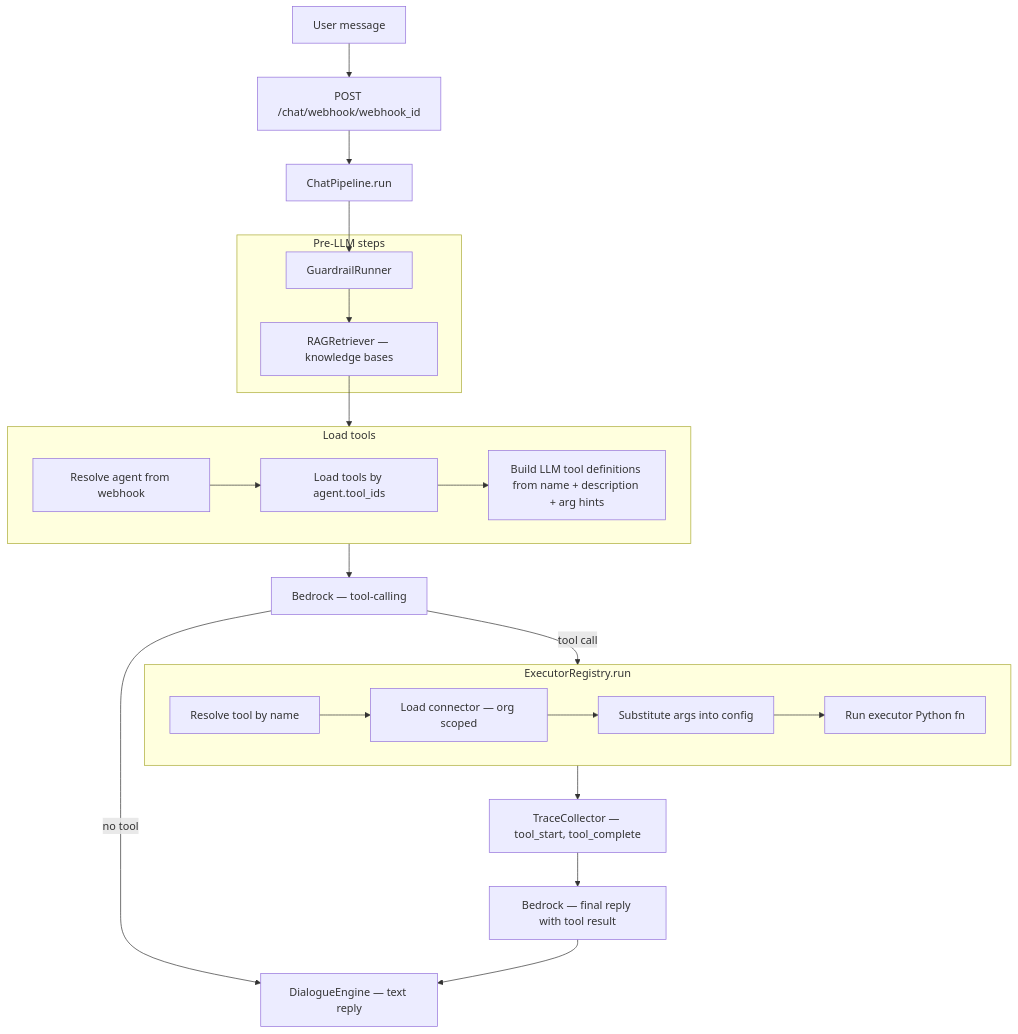
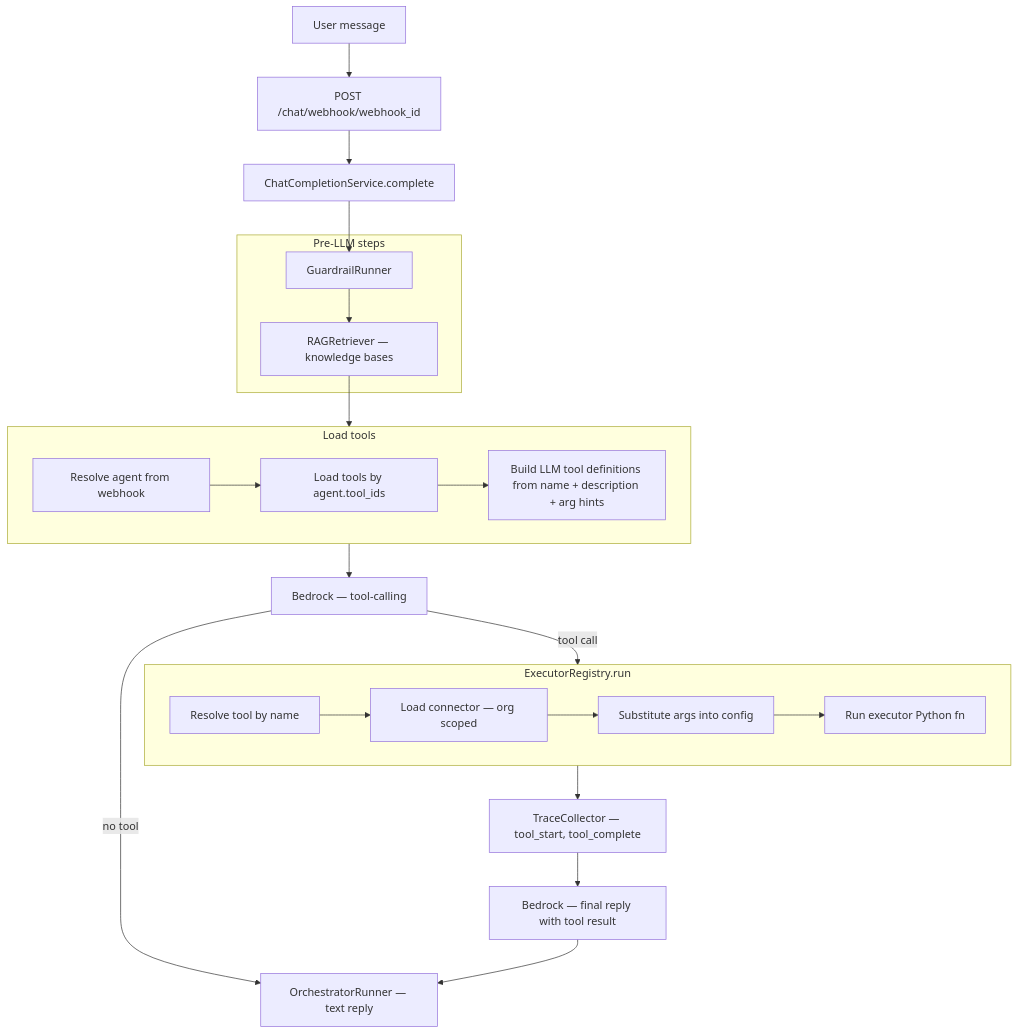
Before and after one commit to shehan-jayasinghe/bot-builder: the first of 4 diagrams in backend/document/tools/03-execute-tool-at-chat-diagrams.md, drawn with Mermaid. The commit also changed other lines of this file and 23 other files, not shown here.

First line of the commit message:
refactor: remove legacy pipeline and engine modules

````diff
--- a/backend/document/tools/03-execute-tool-at-chat-diagrams.md
+++ b/backend/document/tools/03-execute-tool-at-chat-diagrams.md
@@ -13,39 +13,39 @@
 ```mermaid
 flowchart TB
     USER[User message]
     CHAT[POST /chat/webhook/webhook_id]
-    PIPE[ChatPipeline.run]
+    PIPE[ChatCompletionService.complete]
 
     USER --> CHAT --> PIPE
 
     subgraph PRE["Pre-LLM steps"]
         G[GuardrailRunner]
         R[RAGRetriever — knowledge bases]
     end
 
     PIPE --> G --> R --> LOAD
 
     subgraph LOAD["Load tools"]
         L1[Resolve agent from webhook]
         L2[Load tools by agent.tool_ids]
         L3[Build LLM tool definitions from name + description + arg hints]
         L1 --> L2 --> L3
     end
 
     LOAD --> LLM[Bedrock — tool-calling]
 
-    LLM -->|no tool| REPLY[DialogueEngine — text reply]
+    LLM -->|no tool| REPLY[OrchestratorRunner — text reply]
     LLM -->|tool call| EXEC
 
     subgraph EXEC["ExecutorRegistry.run"]
         E1[Resolve tool by name]
         E2[Load connector — org scoped]
         E3[Substitute args into config]
         E4[Run executor Python fn]
         E1 --> E2 --> E3 --> E4
     end
 
     EXEC --> TRACE[TraceCollector — tool_start, tool_complete]
     TRACE --> LLM2[Bedrock — final reply with tool result]
     LLM2 --> REPLY
 ```
````
